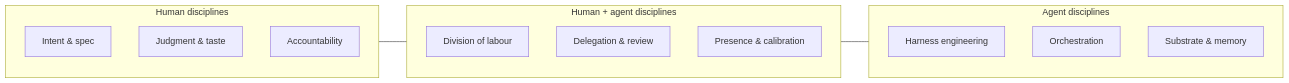
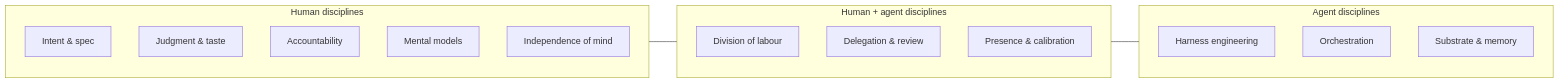
The first of 2 diagrams in book/04-engineering-disciplines.md (ChristineTham/aidou), drawn with Mermaid before and after one commit. The commit also changed other lines of this file and 28 other files, not shown here.

First line of the commit message:
Front matter + Ch1/2/4/6: colophon, AI-psychosis, mental models, harness engineering, format research, primary-source citations

````diff
--- a/book/04-engineering-disciplines.md
+++ b/book/04-engineering-disciplines.md
@@ -5,23 +5,25 @@
 ```mermaid
 flowchart LR
     subgraph HUM [Human disciplines]
       direction TB
       H1[Intent & spec]
       H2[Judgment & taste]
       H3[Accountability]
+      H4[Mental models]
+      H5[Independence of mind]
     end
     subgraph BOTH [Human + agent disciplines]
       direction TB
       T1[Division of labour]
       T2[Delegation & review]
       T3[Presence & calibration]
     end
     subgraph AG [Agent disciplines]
       direction TB
       A1[Harness engineering]
       A2[Orchestration]
       A3[Substrate & memory]
     end
     HUM --- BOTH
     BOTH --- AG
 ```
````
